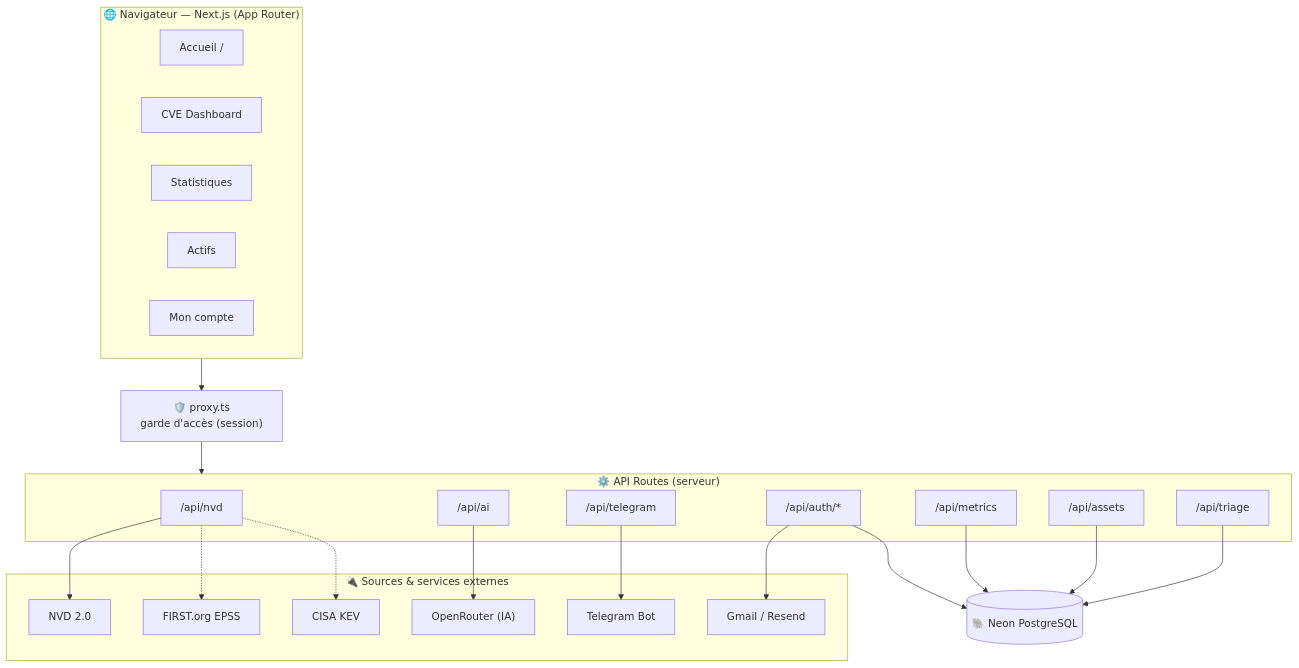
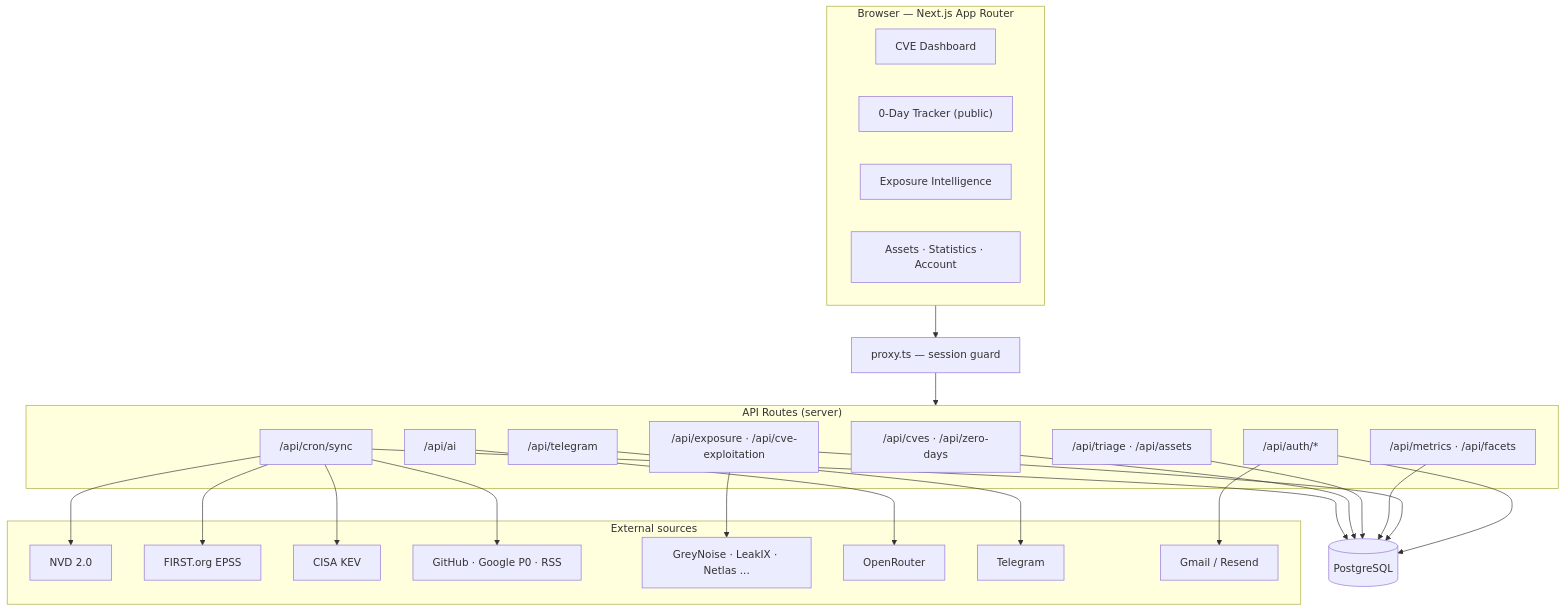
Before and after one commit to Pablo-100/Oktopus-VOC: the first of 3 diagrams in README.md, drawn with Mermaid. The commit also changed other lines of this file and 177 other files, not shown here.

````diff
--- a/README.md
+++ b/README.md
@@ -62,45 +137,51 @@
 ```mermaid
 flowchart TB
-    subgraph Client["🌐 Navigateur — Next.js (App Router)"]
-        P1["Accueil /"]
+    subgraph Client["Browser — Next.js App Router"]
         P2["CVE Dashboard"]
-        P3["Statistiques"]
-        P4["Actifs"]
-        P5["Mon compte"]
+        P3["0-Day Tracker (public)"]
+        P4["Exposure Intelligence"]
+        P5["Assets · Statistics · Account"]
     end
 
-    PROXY["🛡️ proxy.ts<br/>garde d'accès (session)"]
+    PROXY["proxy.ts — session guard"]
 
-    subgraph API["⚙️ API Routes (serveur)"]
-        A1["/api/nvd"]
-        A2["/api/triage"]
-        A3["/api/assets"]
-        A4["/api/metrics"]
+    subgraph API["API Routes (server)"]
+        A0["/api/cves · /api/zero-days"]
+        A2["/api/triage · /api/assets"]
+        A4["/api/metrics · /api/facets"]
         A5["/api/ai"]
+        A8["/api/exposure · /api/cve-exploitation"]
         A6["/api/telegram"]
+        A9["/api/cron/sync"]
         A7["/api/auth/*"]
     end
 
-    subgraph Ext["🔌 Sources & services externes"]
+    subgraph Ext["External sources"]
         NVD["NVD 2.0"]
         EPSS["FIRST.org EPSS"]
         KEV["CISA KEV"]
-        OR["OpenRouter (IA)"]
-        TG["Telegram Bot"]
+        ZD["GitHub · Google P0 · RSS"]
+        EASM["GreyNoise · LeakIX · Netlas ..."]
+        OR["OpenRouter"]
+        TG["Telegram"]
         MAIL["Gmail / Resend"]
     end
 
-    DB[("🐘 Neon PostgreSQL")]
+    DB[("PostgreSQL")]
 
     Client --> PROXY --> API
-    A1 --> NVD
-    A1 -.-> EPSS
-    A1 -.-> KEV
+    A9 --> NVD
+    A9 --> EPSS
+    A9 --> KEV
+    A9 --> ZD
+    A9 --> DB
+    A0 --> DB
+    A2 --> DB
+    A4 --> DB
+    A8 --> EASM
+    A8 --> DB
     A5 --> OR
     A6 --> TG
     A7 --> MAIL
-    A2 --> DB
-    A3 --> DB
-    A4 --> DB
     A7 --> DB
 ```
````
